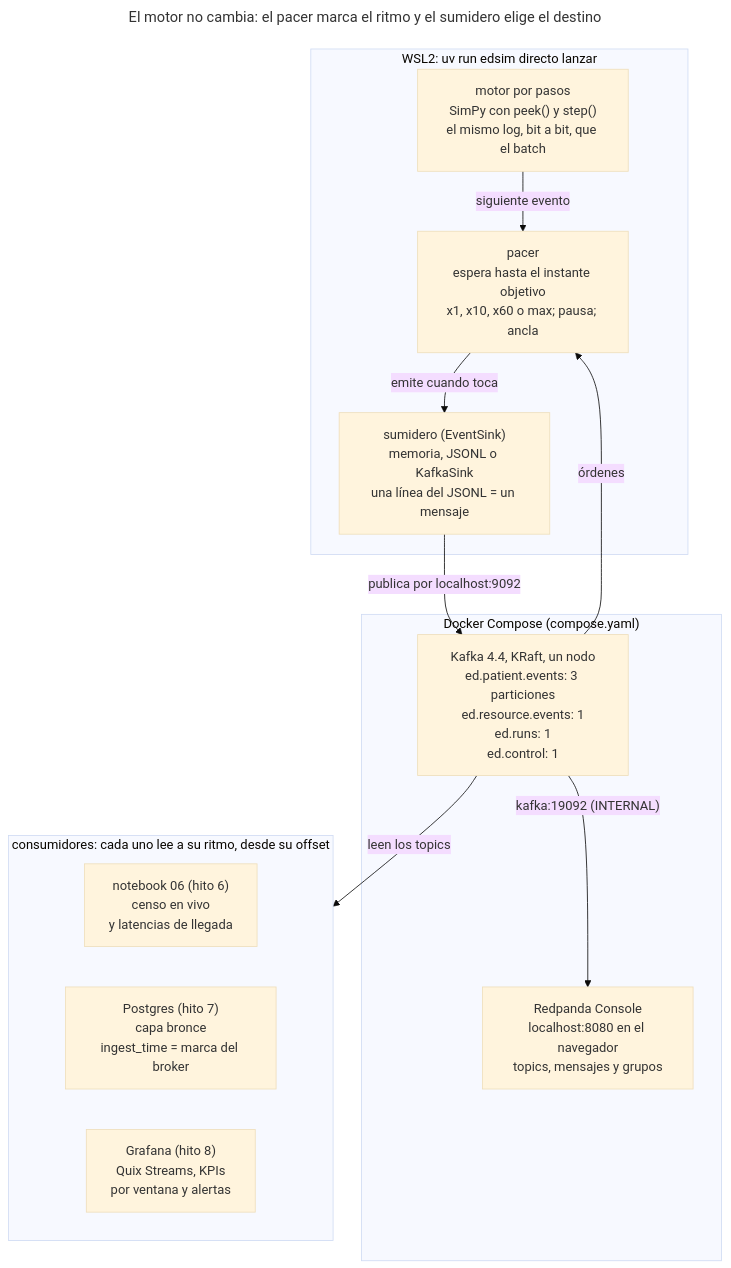
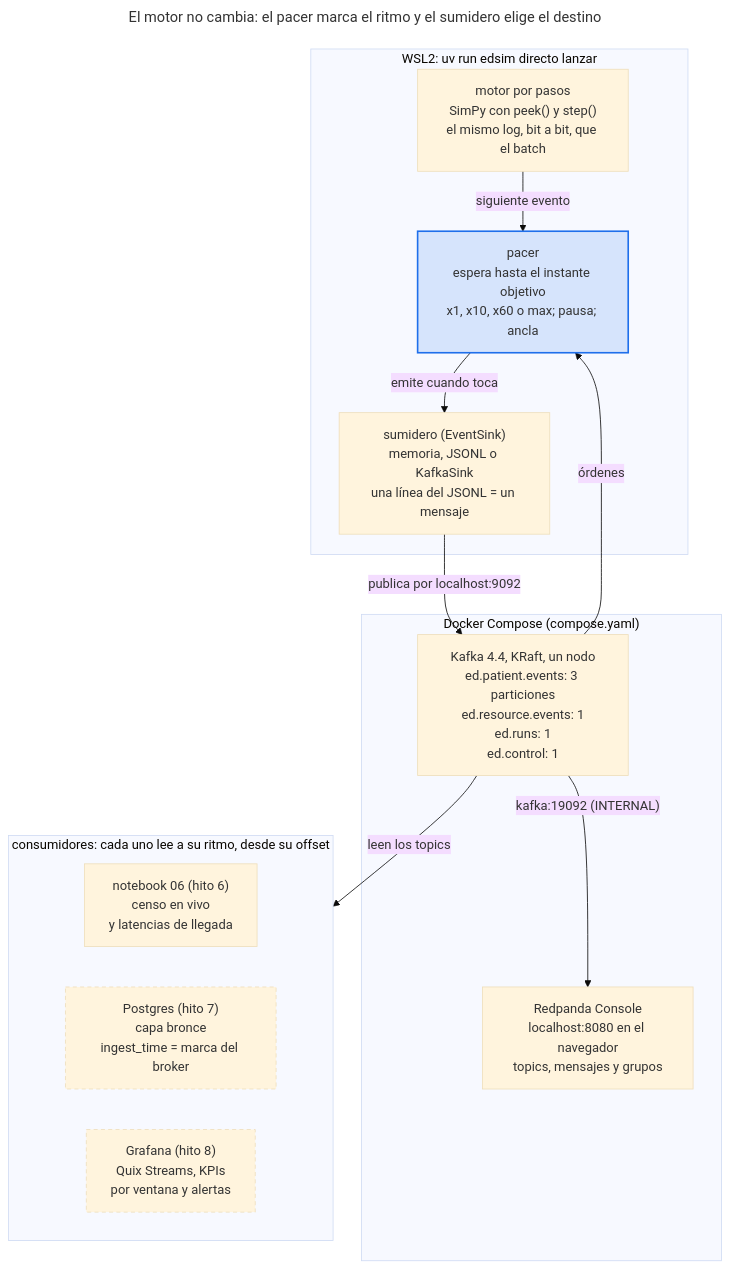
Before and after one commit to pdromer0/edsim: the diagram in docs/specs/hito-6.md, drawn with Mermaid (base theme). The commit also changed other lines of this file and 2 other files, not shown here.

Commit message:
docs: remates de los diagramas
- docs/diseno.md: en el diagrama de bloques, el camino batch pasa por un
  nodo «modo batch» y la flecha de orquestación entra en él, como en el
  widget original (antes iba a «BD analítica»).
- Resaltado recuperado con classDef en los seis diagramas que lo tenían:
  `destacado` (relleno azul al 15 % y borde de 2 px, legible en el tema
  claro y en el oscuro) y `discontinuo` (borde a trazos). Las esperas y el
  abandono en la máquina de estados, el log en el motor, el simulador en
  los bloques y la fusión en el workflow; en el hito 5, los nodos y las
  flechas nuevos (linkStyle); en el hito 6, el pacer y, a trazos, los
  hitos 7 y 8. La hoja de ruta no tenía resaltado.
- Una frase de leyenda debajo de cada diagrama resaltado.

````diff
--- a/docs/specs/hito-6.md
+++ b/docs/specs/hito-6.md
@@ -44,26 +44,30 @@
 ```mermaid
 ---
 title: "El motor no cambia: el pacer marca el ritmo y el sumidero elige el destino"
 ---
 flowchart TD
     subgraph wsl["WSL2: uv run edsim directo lanzar"]
         motor["motor por pasos<br/>SimPy con peek() y step()<br/>el mismo log, bit a bit, que el batch"]
         pacer["pacer<br/>espera hasta el instante objetivo<br/>x1, x10, x60 o max; pausa; ancla"]
         sumidero["sumidero (EventSink)<br/>memoria, JSONL o KafkaSink<br/>una línea del JSONL = un mensaje"]
         motor -->|"siguiente evento"| pacer
         pacer -->|"emite cuando toca"| sumidero
     end
     subgraph compose["Docker Compose (compose.yaml)"]
         kafka["Kafka 4.4, KRaft, un nodo<br/>ed.patient.events: 3 particiones<br/>ed.resource.events: 1<br/>ed.runs: 1<br/>ed.control: 1"]
         consola["Redpanda Console<br/>localhost:8080 en el navegador<br/>topics, mensajes y grupos"]
         kafka -->|"kafka:19092 (INTERNAL)"| consola
     end
     subgraph consumidores["consumidores: cada uno lee a su ritmo, desde su offset"]
         notebook["notebook 06 (hito 6)<br/>censo en vivo<br/>y latencias de llegada"]
         postgres["Postgres (hito 7)<br/>capa bronce<br/>ingest_time = marca del broker"]
         grafana["Grafana (hito 8)<br/>Quix Streams, KPIs<br/>por ventana y alertas"]
     end
     sumidero -->|"publica por localhost:9092"| kafka
     kafka -->|"órdenes"| pacer
     kafka -->|"leen los topics"| consumidores
+    classDef destacado fill:#1f6feb26,stroke:#1f6feb,stroke-width:2px
+    classDef discontinuo stroke-dasharray:5 4
+    class pacer destacado
+    class postgres,grafana discontinuo
 ```
````
